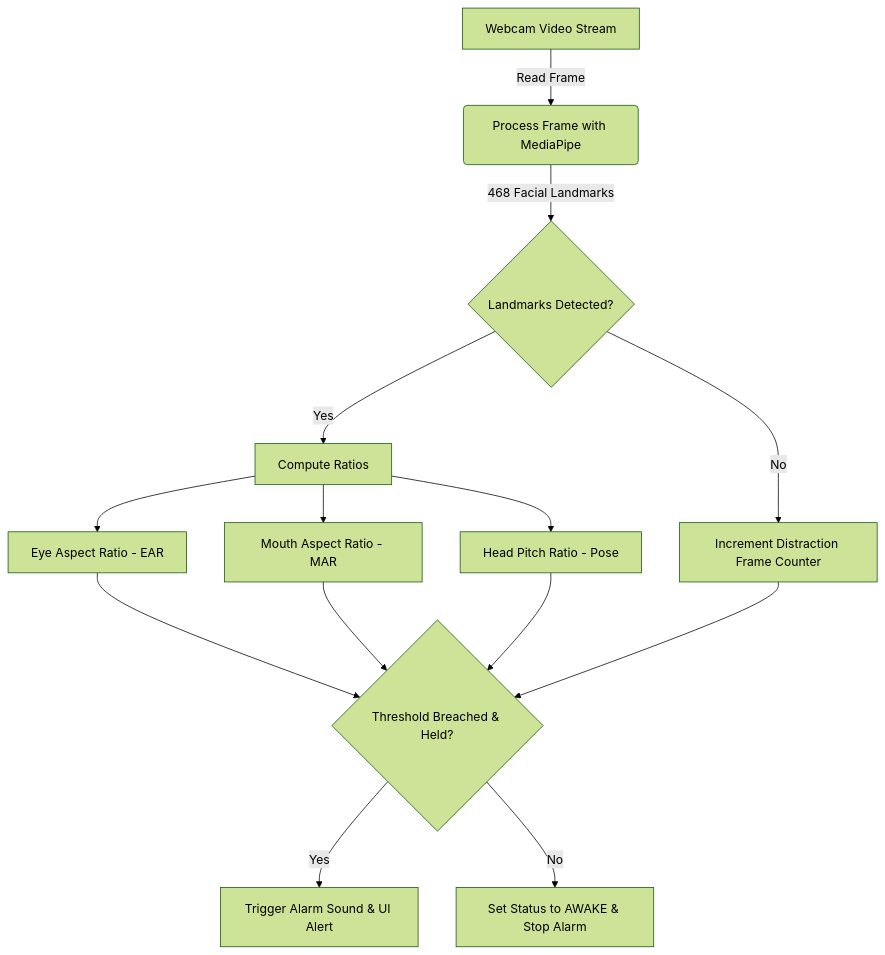
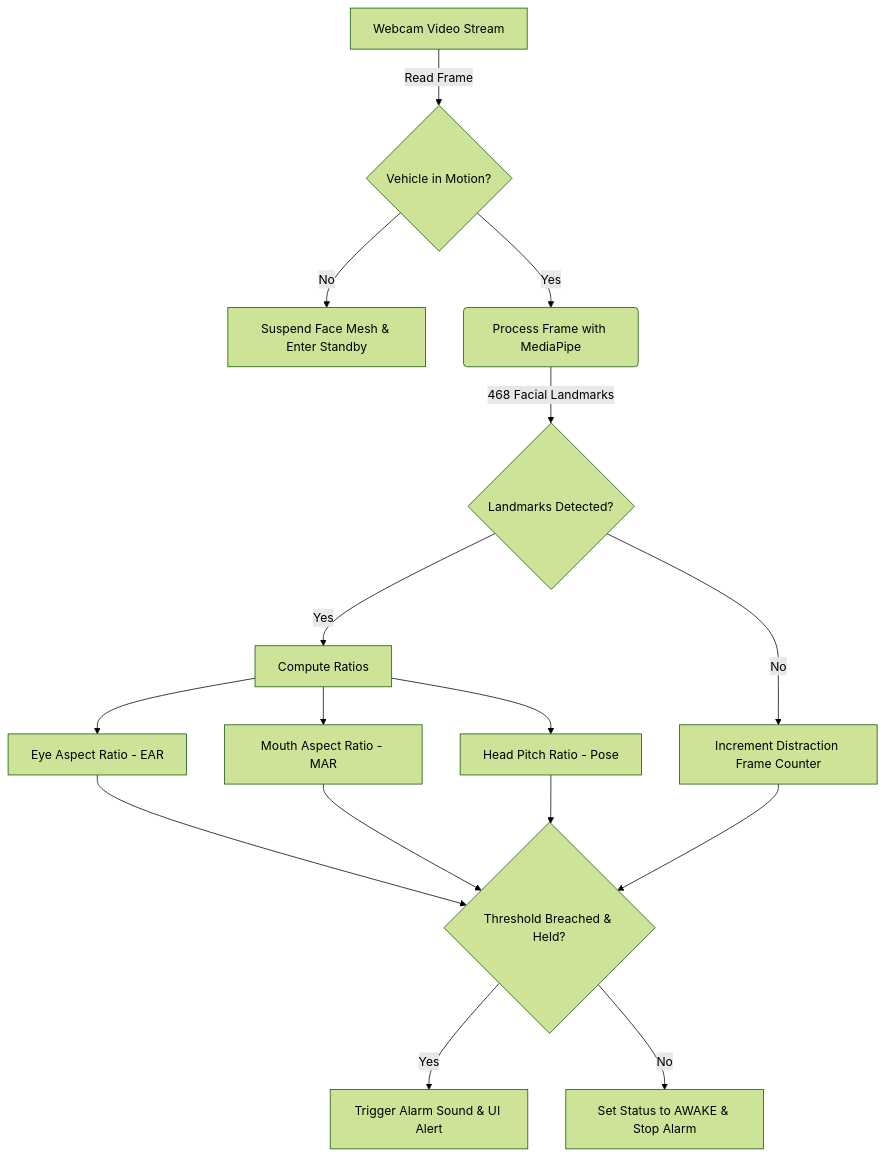
The diagram in README.md (madhav-0000/Summer-Internship), drawn with Mermaid (forest theme) before and after one commit. The commit also changed other lines of this file and 8 other files, not shown here.

````diff
--- a/README.md
+++ b/README.md
@@ -10,14 +10,16 @@
 ```mermaid
 graph TD
-    A[Webcam Video Stream] -->|Read Frame| B(Process Frame with MediaPipe)
+    A[Webcam Video Stream] -->|Read Frame| AM{Vehicle in Motion?}
+    AM -->|No| Standby[Suspend Face Mesh & Enter Standby]
+    AM -->|Yes| B(Process Frame with MediaPipe)
     B -->|468 Facial Landmarks| C{Landmarks Detected?}
     C -->|Yes| D[Compute Ratios]
     C -->|No| E[Increment Distraction Frame Counter]
     D --> D1[Eye Aspect Ratio - EAR]
     D --> D2[Mouth Aspect Ratio - MAR]
     D --> D3[Head Pitch Ratio - Pose]
     D1 & D2 & D3 --> F{Threshold Breached & Held?}
     E --> F
     F -->|Yes| G[Trigger Alarm Sound & UI Alert]
     F -->|No| H[Set Status to AWAKE & Stop Alarm]
 ```
````
